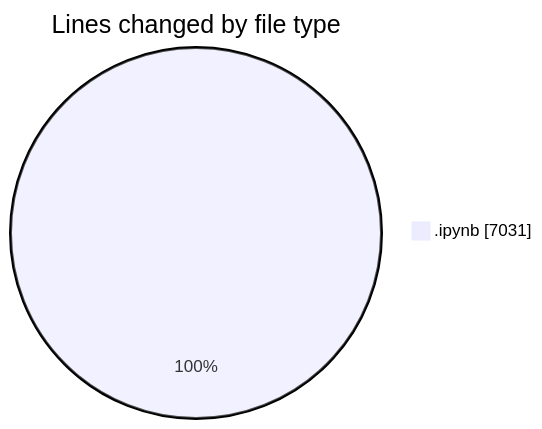
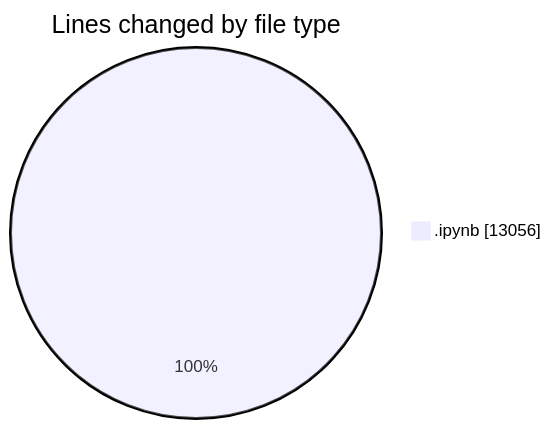
The first of 2 diagrams in 2025-05-07/myws__workspace_/README.md (MatusMokan/code-tracking), drawn with Mermaid before and after one commit. The commit also changed other lines of this file and 1 other file, not shown here.

````diff
--- a/2025-05-07/myws__workspace_/README.md
+++ b/2025-05-07/myws__workspace_/README.md
@@ -20,5 +20,5 @@
 ```mermaid
 pie showData
 title Lines changed by file type
-".ipynb" : 7031
+".ipynb" : 13056
 ```
````
